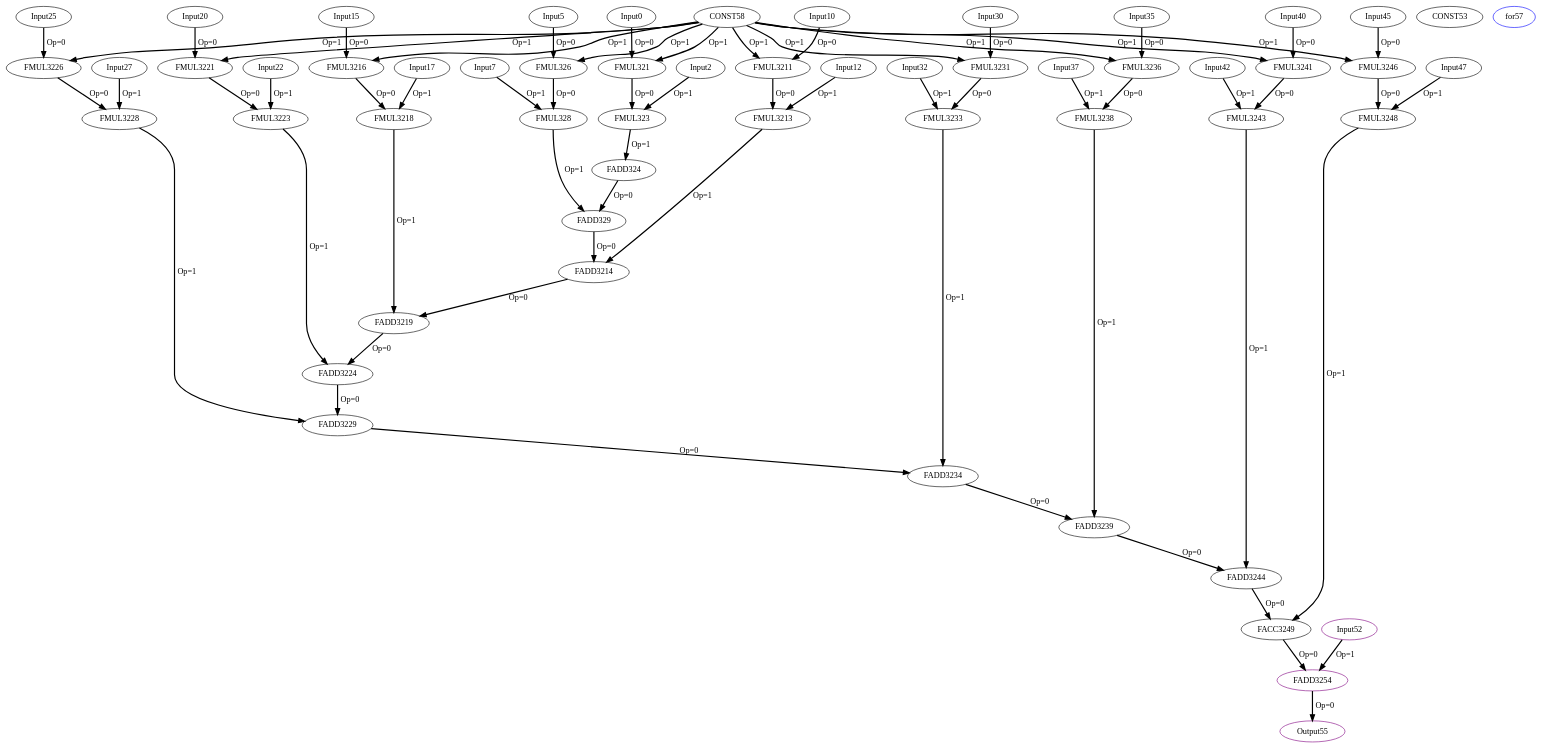
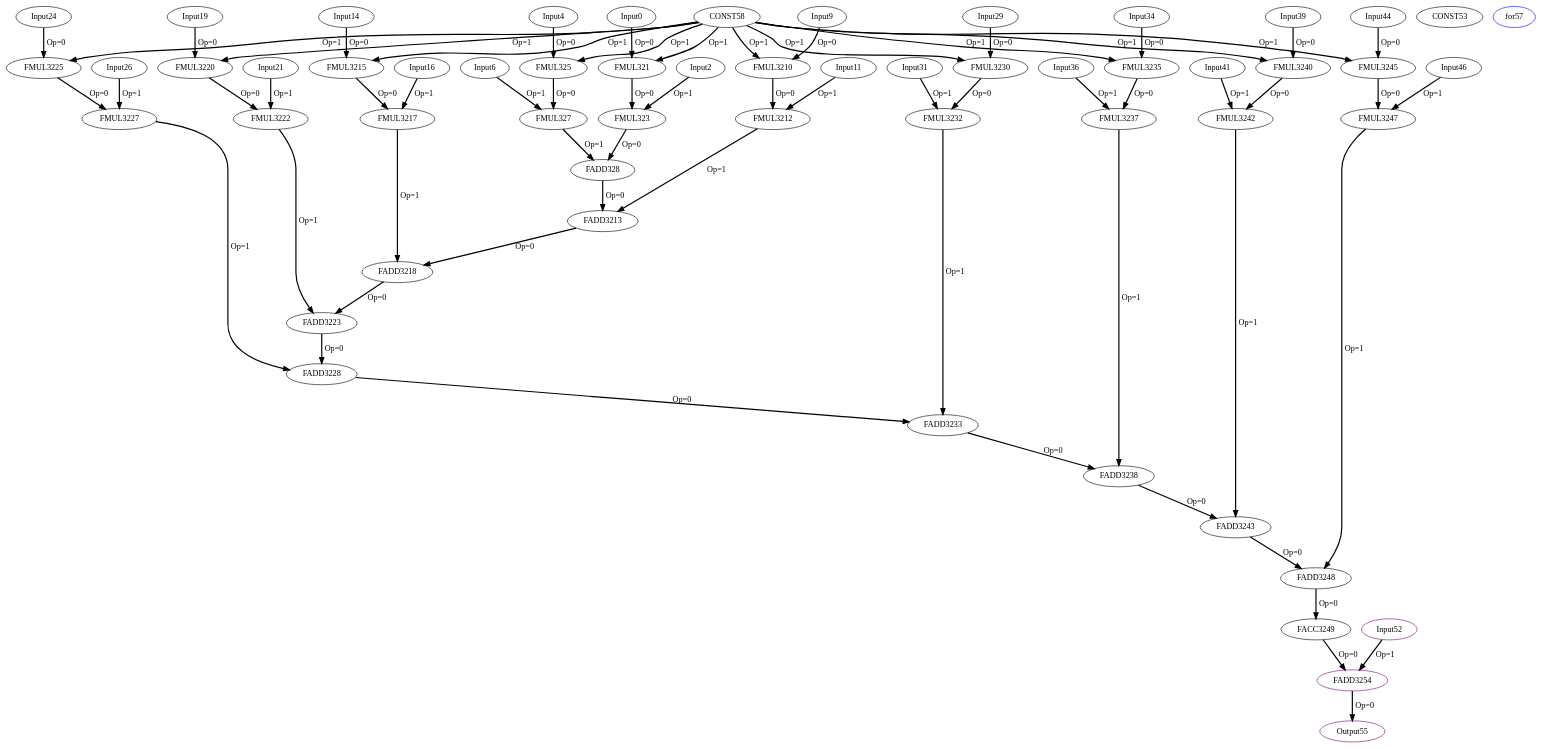
The diagram in experiment/Cbenchmarks/Polybench/linear-algebra/blas/gemm/IR/tempfiles/kernel_gemm_1_10_1_1_2_CDFG.dot (MIONkb/adora-compiler), drawn with Graphviz before and after one commit. The commit also changed 135 other files, not shown here.

```diff
--- a/experiment/Cbenchmarks/Polybench/linear-algebra/blas/gemm/IR/tempfiles/kernel_gemm_1_10_1_1_2_CDFG.dot
+++ b/experiment/Cbenchmarks/Polybench/linear-algebra/blas/gemm/IR/tempfiles/kernel_gemm_1_10_1_1_2_CDFG.dot
@@ -3,51 +3,51 @@
 FMUL321[opcode = "FMUL32", color = black];
 Input2[opcode = "Input", ref_name="kernel_gemm_1_2", size="3000", offset="0,0", pattern="1000,3,-1996,25", color = black];
 FMUL323[opcode = "FMUL32", color = black];
-FADD324[opcode = "FADD32", color = black];
-Input5[opcode = "Input", ref_name="kernel_gemm_1_1", size="120", offset="0,4", pattern="40,3,-80,25", color = black];
-FMUL326[opcode = "FMUL32", color = black];
-Input7[opcode = "Input", ref_name="kernel_gemm_1_2", size="3000", offset="0,100", pattern="1000,3,-1996,25", color = black];
-FMUL328[opcode = "FMUL32", color = black];
-FADD329[opcode = "FADD32", color = black];
-Input10[opcode = "Input", ref_name="kernel_gemm_1_1", size="120", offset="0,8", pattern="40,3,-80,25", color = black];
-FMUL3211[opcode = "FMUL32", color = black];
-Input12[opcode = "Input", ref_name="kernel_gemm_1_2", size="3000", offset="0,200", pattern="1000,3,-1996,25", color = black];
-FMUL3213[opcode = "FMUL32", color = black];
-FADD3214[opcode = "FADD32", color = black];
-Input15[opcode = "Input", ref_name="kernel_gemm_1_1", size="120", offset="0,12", pattern="40,3,-80,25", color = black];
-FMUL3216[opcode = "FMUL32", color = black];
-Input17[opcode = "Input", ref_name="kernel_gemm_1_2", size="3000", offset="0,300", pattern="1000,3,-1996,25", color = black];
-FMUL3218[opcode = "FMUL32", color = black];
-FADD3219[opcode = "FADD32", color = black];
-Input20[opcode = "Input", ref_name="kernel_gemm_1_1", size="120", offset="0,16", pattern="40,3,-80,25", color = black];
-FMUL3221[opcode = "FMUL32", color = black];
-Input22[opcode = "Input", ref_name="kernel_gemm_1_2", size="3000", offset="0,400", pattern="1000,3,-1996,25", color = black];
-FMUL3223[opcode = "FMUL32", color = black];
-FADD3224[opcode = "FADD32", color = black];
-Input25[opcode = "Input", ref_name="kernel_gemm_1_1", size="120", offset="0,20", pattern="40,3,-80,25", color = black];
-FMUL3226[opcode = "FMUL32", color = black];
-Input27[opcode = "Input", ref_name="kernel_gemm_1_2", size="3000", offset="0,500", pattern="1000,3,-1996,25", color = black];
-FMUL3228[opcode = "FMUL32", color = black];
-FADD3229[opcode = "FADD32", color = black];
-Input30[opcode = "Input", ref_name="kernel_gemm_1_1", size="120", offset="0,24", pattern="40,3,-80,25", color = black];
-FMUL3231[opcode = "FMUL32", color = black];
-Input32[opcode = "Input", ref_name="kernel_gemm_1_2", size="3000", offset="0,600", pattern="1000,3,-1996,25", color = black];
-FMUL3233[opcode = "FMUL32", color = black];
-FADD3234[opcode = "FADD32", color = black];
-Input35[opcode = "Input", ref_name="kernel_gemm_1_1", size="120", offset="0,28", pattern="40,3,-80,25", color = black];
-FMUL3236[opcode = "FMUL32", color = black];
-Input37[opcode = "Input", ref_name="kernel_gemm_1_2", size="3000", offset="0,700", pattern="1000,3,-1996,25", color = black];
-FMUL3238[opcode = "FMUL32", color = black];
-FADD3239[opcode = "FADD32", color = black];
-Input40[opcode = "Input", ref_name="kernel_gemm_1_1", size="120", offset="0,32", pattern="40,3,-80,25", color = black];
-FMUL3241[opcode = "FMUL32", color = black];
-Input42[opcode = "Input", ref_name="kernel_gemm_1_2", size="3000", offset="0,800", pattern="1000,3,-1996,25", color = black];
-FMUL3243[opcode = "FMUL32", color = black];
-FADD3244[opcode = "FADD32", color = black];
-Input45[opcode = "Input", ref_name="kernel_gemm_1_1", size="120", offset="0,36", pattern="40,3,-80,25", color = black];
-FMUL3246[opcode = "FMUL32", color = black];
-Input47[opcode = "Input", ref_name="kernel_gemm_1_2", size="3000", offset="0,900", pattern="1000,3,-1996,25", color = black];
-FMUL3248[opcode = "FMUL32", color = black];
+Input4[opcode = "Input", ref_name="kernel_gemm_1_1", size="120", offset="0,4", pattern="40,3,-80,25", color = black];
+FMUL325[opcode = "FMUL32", color = black];
+Input6[opcode = "Input", ref_name="kernel_gemm_1_2", size="3000", offset="0,100", pattern="1000,3,-1996,25", color = black];
+FMUL327[opcode = "FMUL32", color = black];
+FADD328[opcode = "FADD32", color = black];
+Input9[opcode = "Input", ref_name="kernel_gemm_1_1", size="120", offset="0,8", pattern="40,3,-80,25", color = black];
+FMUL3210[opcode = "FMUL32", color = black];
+Input11[opcode = "Input", ref_name="kernel_gemm_1_2", size="3000", offset="0,200", pattern="1000,3,-1996,25", color = black];
+FMUL3212[opcode = "FMUL32", color = black];
+FADD3213[opcode = "FADD32", color = black];
+Input14[opcode = "Input", ref_name="kernel_gemm_1_1", size="120", offset="0,12", pattern="40,3,-80,25", color = black];
+FMUL3215[opcode = "FMUL32", color = black];
+Input16[opcode = "Input", ref_name="kernel_gemm_1_2", size="3000", offset="0,300", pattern="1000,3,-1996,25", color = black];
+FMUL3217[opcode = "FMUL32", color = black];
+FADD3218[opcode = "FADD32", color = black];
+Input19[opcode = "Input", ref_name="kernel_gemm_1_1", size="120", offset="0,16", pattern="40,3,-80,25", color = black];
+FMUL3220[opcode = "FMUL32", color = black];
+Input21[opcode = "Input", ref_name="kernel_gemm_1_2", size="3000", offset="0,400", pattern="1000,3,-1996,25", color = black];
+FMUL3222[opcode = "FMUL32", color = black];
+FADD3223[opcode = "FADD32", color = black];
+Input24[opcode = "Input", ref_name="kernel_gemm_1_1", size="120", offset="0,20", pattern="40,3,-80,25", color = black];
+FMUL3225[opcode = "FMUL32", color = black];
+Input26[opcode = "Input", ref_name="kernel_gemm_1_2", size="3000", offset="0,500", pattern="1000,3,-1996,25", color = black];
+FMUL3227[opcode = "FMUL32", color = black];
+FADD3228[opcode = "FADD32", color = black];
+Input29[opcode = "Input", ref_name="kernel_gemm_1_1", size="120", offset="0,24", pattern="40,3,-80,25", color = black];
+FMUL3230[opcode = "FMUL32", color = black];
+Input31[opcode = "Input", ref_name="kernel_gemm_1_2", size="3000", offset="0,600", pattern="1000,3,-1996,25", color = black];
+FMUL3232[opcode = "FMUL32", color = black];
+FADD3233[opcode = "FADD32", color = black];
+Input34[opcode = "Input", ref_name="kernel_gemm_1_1", size="120", offset="0,28", pattern="40,3,-80,25", color = black];
+FMUL3235[opcode = "FMUL32", color = black];
+Input36[opcode = "Input", ref_name="kernel_gemm_1_2", size="3000", offset="0,700", pattern="1000,3,-1996,25", color = black];
+FMUL3237[opcode = "FMUL32", color = black];
+FADD3238[opcode = "FADD32", color = black];
+Input39[opcode = "Input", ref_name="kernel_gemm_1_1", size="120", offset="0,32", pattern="40,3,-80,25", color = black];
+FMUL3240[opcode = "FMUL32", color = black];
+Input41[opcode = "Input", ref_name="kernel_gemm_1_2", size="3000", offset="0,800", pattern="1000,3,-1996,25", color = black];
+FMUL3242[opcode = "FMUL32", color = black];
+FADD3243[opcode = "FADD32", color = black];
+Input44[opcode = "Input", ref_name="kernel_gemm_1_1", size="120", offset="0,36", pattern="40,3,-80,25", color = black];
+FMUL3245[opcode = "FMUL32", color = black];
+Input46[opcode = "Input", ref_name="kernel_gemm_1_2", size="3000", offset="0,900", pattern="1000,3,-1996,25", color = black];
+FMUL3247[opcode = "FMUL32", color = black];
+FADD3248[opcode = "FADD32", color = black];
 FACC3249[opcode = "FACC32", acc_params="0,3,1,25", acc_first=1, color = black];
 Input52[opcode = "Input", ref_name="kernel_gemm_1_0", size="100", offset="0,0", pattern="0,3,4,25", color = purple];
 CONST53[opcode = "CONST", value="0x00000000", color = black];
@@ -59,61 +59,61 @@
 CONST58 -> FMUL321[color = black, style = bold, operand = 1, label = "Op=1"];
 FMUL321 -> FMUL323[color = black, style = bold, operand = 0, label = "Op=0"];
 Input2 -> FMUL323[color = black, style = bold, operand = 1, label = "Op=1"];
-FMUL323 -> FADD324[color = black, style = bold, operand = 1, label = "Op=1"];
-Input5 -> FMUL326[color = black, style = bold, operand = 0, label = "Op=0"];
-CONST58 -> FMUL326[color = black, style = bold, operand = 1, label = "Op=1"];
-FMUL326 -> FMUL328[color = black, style = bold, operand = 0, label = "Op=0"];
-Input7 -> FMUL328[color = black, style = bold, operand = 1, label = "Op=1"];
-FADD324 -> FADD329[color = black, style = bold, operand = 0, label = "Op=0"];
-FMUL328 -> FADD329[color = black, style = bold, operand = 1, label = "Op=1"];
-Input10 -> FMUL3211[color = black, style = bold, operand = 0, label = "Op=0"];
-CONST58 -> FMUL3211[color = black, style = bold, operand = 1, label = "Op=1"];
-FMUL3211 -> FMUL3213[color = black, style = bold, operand = 0, label = "Op=0"];
-Input12 -> FMUL3213[color = black, style = bold, operand = 1, label = "Op=1"];
-FADD329 -> FADD3214[color = black, style = bold, operand = 0, label = "Op=0"];
-FMUL3213 -> FADD3214[color = black, style = bold, operand = 1, label = "Op=1"];
-Input15 -> FMUL3216[color = black, style = bold, operand = 0, label = "Op=0"];
-CONST58 -> FMUL3216[color = black, style = bold, operand = 1, label = "Op=1"];
-FMUL3216 -> FMUL3218[color = black, style = bold, operand = 0, label = "Op=0"];
-Input17 -> FMUL3218[color = black, style = bold, operand = 1, label = "Op=1"];
-FADD3214 -> FADD3219[color = black, style = bold, operand = 0, label = "Op=0"];
-FMUL3218 -> FADD3219[color = black, style = bold, operand = 1, label = "Op=1"];
-Input20 -> FMUL3221[color = black, style = bold, operand = 0, label = "Op=0"];
-CONST58 -> FMUL3221[color = black, style = bold, operand = 1, label = "Op=1"];
-FMUL3221 -> FMUL3223[color = black, style = bold, operand = 0, label = "Op=0"];
-Input22 -> FMUL3223[color = black, style = bold, operand = 1, label = "Op=1"];
-FADD3219 -> FADD3224[color = black, style = bold, operand = 0, label = "Op=0"];
-FMUL3223 -> FADD3224[color = black, style = bold, operand = 1, label = "Op=1"];
-Input25 -> FMUL3226[color = black, style = bold, operand = 0, label = "Op=0"];
-CONST58 -> FMUL3226[color = black, style = bold, operand = 1, label = "Op=1"];
-FMUL3226 -> FMUL3228[color = black, style = bold, operand = 0, label = "Op=0"];
-Input27 -> FMUL3228[color = black, style = bold, operand = 1, label = "Op=1"];
-FADD3224 -> FADD3229[color = black, style = bold, operand = 0, label = "Op=0"];
-FMUL3228 -> FADD3229[color = black, style = bold, operand = 1, label = "Op=1"];
-Input30 -> FMUL3231[color = black, style = bold, operand = 0, label = "Op=0"];
-CONST58 -> FMUL3231[color = black, style = bold, operand = 1, label = "Op=1"];
-FMUL3231 -> FMUL3233[color = black, style = bold, operand = 0, label = "Op=0"];
-Input32 -> FMUL3233[color = black, style = bold, operand = 1, label = "Op=1"];
-FADD3229 -> FADD3234[color = black, style = bold, operand = 0, label = "Op=0"];
-FMUL3233 -> FADD3234[color = black, style = bold, operand = 1, label = "Op=1"];
-Input35 -> FMUL3236[color = black, style = bold, operand = 0, label = "Op=0"];
-CONST58 -> FMUL3236[color = black, style = bold, operand = 1, label = "Op=1"];
-FMUL3236 -> FMUL3238[color = black, style = bold, operand = 0, label = "Op=0"];
-Input37 -> FMUL3238[color = black, style = bold, operand = 1, label = "Op=1"];
-FADD3234 -> FADD3239[color = black, style = bold, operand = 0, label = "Op=0"];
-FMUL3238 -> FADD3239[color = black, style = bold, operand = 1, label = "Op=1"];
-Input40 -> FMUL3241[color = black, style = bold, operand = 0, label = "Op=0"];
-CONST58 -> FMUL3241[color = black, style = bold, operand = 1, label = "Op=1"];
-FMUL3241 -> FMUL3243[color = black, style = bold, operand = 0, label = "Op=0"];
-Input42 -> FMUL3243[color = black, style = bold, operand = 1, label = "Op=1"];
-FADD3239 -> FADD3244[color = black, style = bold, operand = 0, label = "Op=0"];
-FMUL3243 -> FADD3244[color = black, style = bold, operand = 1, label = "Op=1"];
-Input45 -> FMUL3246[color = black, style = bold, operand = 0, label = "Op=0"];
-CONST58 -> FMUL3246[color = black, style = bold, operand = 1, label = "Op=1"];
-FMUL3246 -> FMUL3248[color = black, style = bold, operand = 0, label = "Op=0"];
-Input47 -> FMUL3248[color = black, style = bold, operand = 1, label = "Op=1"];
-FADD3244 -> FACC3249[color = black, style = bold, operand = 0, label = "Op=0"];
-FMUL3248 -> FACC3249[color = black, style = bold, operand = 1, label = "Op=1"];
+Input4 -> FMUL325[color = black, style = bold, operand = 0, label = "Op=0"];
+CONST58 -> FMUL325[color = black, style = bold, operand = 1, label = "Op=1"];
+FMUL325 -> FMUL327[color = black, style = bold, operand = 0, label = "Op=0"];
+Input6 -> FMUL327[color = black, style = bold, operand = 1, label = "Op=1"];
+FMUL323 -> FADD328[color = black, style = bold, operand = 0, label = "Op=0"];
+FMUL327 -> FADD328[color = black, style = bold, operand = 1, label = "Op=1"];
+Input9 -> FMUL3210[color = black, style = bold, operand = 0, label = "Op=0"];
+CONST58 -> FMUL3210[color = black, style = bold, operand = 1, label = "Op=1"];
+FMUL3210 -> FMUL3212[color = black, style = bold, operand = 0, label = "Op=0"];
+Input11 -> FMUL3212[color = black, style = bold, operand = 1, label = "Op=1"];
+FADD328 -> FADD3213[color = black, style = bold, operand = 0, label = "Op=0"];
+FMUL3212 -> FADD3213[color = black, style = bold, operand = 1, label = "Op=1"];
+Input14 -> FMUL3215[color = black, style = bold, operand = 0, label = "Op=0"];
+CONST58 -> FMUL3215[color = black, style = bold, operand = 1, label = "Op=1"];
+FMUL3215 -> FMUL3217[color = black, style = bold, operand = 0, label = "Op=0"];
+Input16 -> FMUL3217[color = black, style = bold, operand = 1, label = "Op=1"];
+FADD3213 -> FADD3218[color = black, style = bold, operand = 0, label = "Op=0"];
+FMUL3217 -> FADD3218[color = black, style = bold, operand = 1, label = "Op=1"];
+Input19 -> FMUL3220[color = black, style = bold, operand = 0, label = "Op=0"];
+CONST58 -> FMUL3220[color = black, style = bold, operand = 1, label = "Op=1"];
+FMUL3220 -> FMUL3222[color = black, style = bold, operand = 0, label = "Op=0"];
+Input21 -> FMUL3222[color = black, style = bold, operand = 1, label = "Op=1"];
+FADD3218 -> FADD3223[color = black, style = bold, operand = 0, label = "Op=0"];
+FMUL3222 -> FADD3223[color = black, style = bold, operand = 1, label = "Op=1"];
+Input24 -> FMUL3225[color = black, style = bold, operand = 0, label = "Op=0"];
+CONST58 -> FMUL3225[color = black, style = bold, operand = 1, label = "Op=1"];
+FMUL3225 -> FMUL3227[color = black, style = bold, operand = 0, label = "Op=0"];
+Input26 -> FMUL3227[color = black, style = bold, operand = 1, label = "Op=1"];
+FADD3223 -> FADD3228[color = black, style = bold, operand = 0, label = "Op=0"];
+FMUL3227 -> FADD3228[color = black, style = bold, operand = 1, label = "Op=1"];
+Input29 -> FMUL3230[color = black, style = bold, operand = 0, label = "Op=0"];
+CONST58 -> FMUL3230[color = black, style = bold, operand = 1, label = "Op=1"];
+FMUL3230 -> FMUL3232[color = black, style = bold, operand = 0, label = "Op=0"];
+Input31 -> FMUL3232[color = black, style = bold, operand = 1, label = "Op=1"];
+FADD3228 -> FADD3233[color = black, style = bold, operand = 0, label = "Op=0"];
+FMUL3232 -> FADD3233[color = black, style = bold, operand = 1, label = "Op=1"];
+Input34 -> FMUL3235[color = black, style = bold, operand = 0, label = "Op=0"];
+CONST58 -> FMUL3235[color = black, style = bold, operand = 1, label = "Op=1"];
+FMUL3235 -> FMUL3237[color = black, style = bold, operand = 0, label = "Op=0"];
+Input36 -> FMUL3237[color = black, style = bold, operand = 1, label = "Op=1"];
+FADD3233 -> FADD3238[color = black, style = bold, operand = 0, label = "Op=0"];
+FMUL3237 -> FADD3238[color = black, style = bold, operand = 1, label = "Op=1"];
+Input39 -> FMUL3240[color = black, style = bold, operand = 0, label = "Op=0"];
+CONST58 -> FMUL3240[color = black, style = bold, operand = 1, label = "Op=1"];
+FMUL3240 -> FMUL3242[color = black, style = bold, operand = 0, label = "Op=0"];
+Input41 -> FMUL3242[color = black, style = bold, operand = 1, label = "Op=1"];
+FADD3238 -> FADD3243[color = black, style = bold, operand = 0, label = "Op=0"];
+FMUL3242 -> FADD3243[color = black, style = bold, operand = 1, label = "Op=1"];
+Input44 -> FMUL3245[color = black, style = bold, operand = 0, label = "Op=0"];
+CONST58 -> FMUL3245[color = black, style = bold, operand = 1, label = "Op=1"];
+FMUL3245 -> FMUL3247[color = black, style = bold, operand = 0, label = "Op=0"];
+Input46 -> FMUL3247[color = black, style = bold, operand = 1, label = "Op=1"];
+FADD3243 -> FADD3248[color = black, style = bold, operand = 0, label = "Op=0"];
+FMUL3247 -> FADD3248[color = black, style = bold, operand = 1, label = "Op=1"];
+FADD3248 -> FACC3249[color = black, style = bold, operand = 0, label = "Op=0"];
 Input52 -> FADD3254[color = black, style = bold, operand = 1, label = "Op=1"];
 FADD3254 -> Output55[color = black, style = bold, operand = 0, label = "Op=0"];
 FACC3249 -> FADD3254[color = black, style = bold, operand = 0, label = "Op=0"];
```
